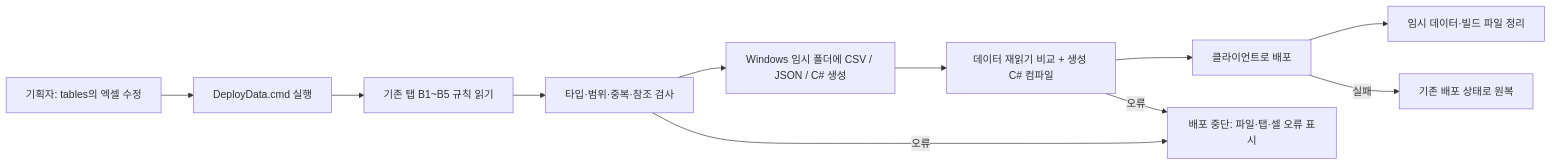
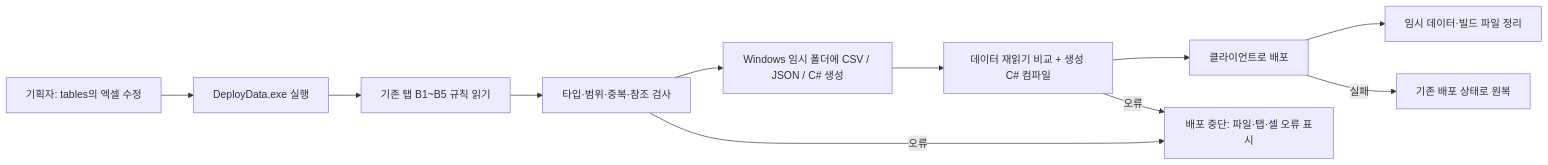
Before and after one commit to hyunho9228-web/DataSheet: the first of 6 diagrams in README.md, drawn with Mermaid. The commit also changed other lines of this file and 8 other files, not shown here.

````diff
--- a/README.md
+++ b/README.md
@@ -5,13 +5,13 @@
 ```mermaid
 flowchart LR
-    A[기획자: tables의 엑셀 수정] --> B[DeployData.cmd 실행]
+    A[기획자: tables의 엑셀 수정] --> B[DeployData.exe 실행]
     B --> C[기존 탭 B1~B5 규칙 읽기]
     C --> D[타입·범위·중복·참조 검사]
     D --> E[Windows 임시 폴더에 CSV / JSON / C# 생성]
     E --> F[데이터 재읽기 비교 + 생성 C# 컴파일]
     F --> G[클라이언트로 배포]
     G --> H[임시 데이터·빌드 파일 정리]
     D -->|오류| X[배포 중단: 파일·탭·셀 오류 표시]
     F -->|오류| X
     G -->|실패| R[기존 배포 상태로 원복]
 ```
````
